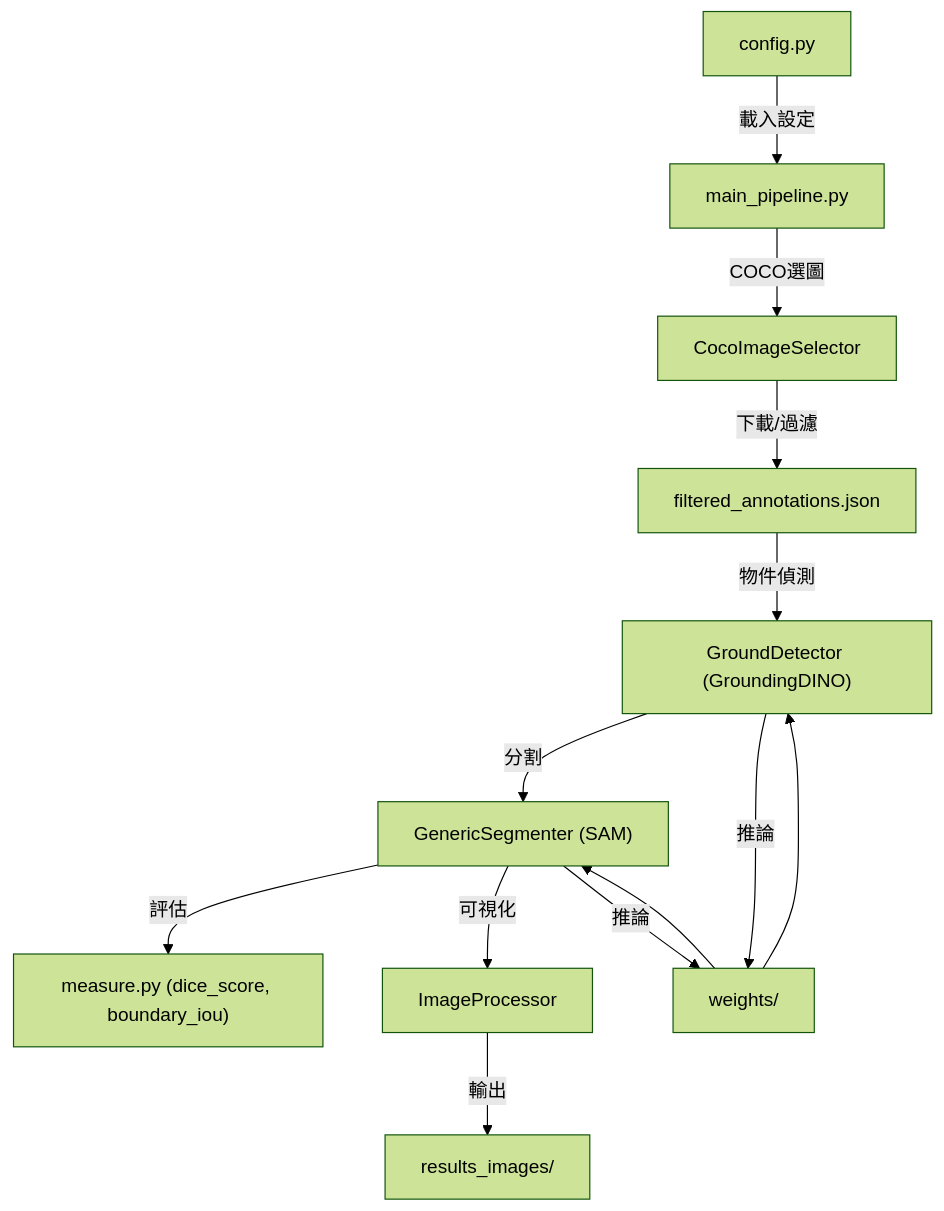
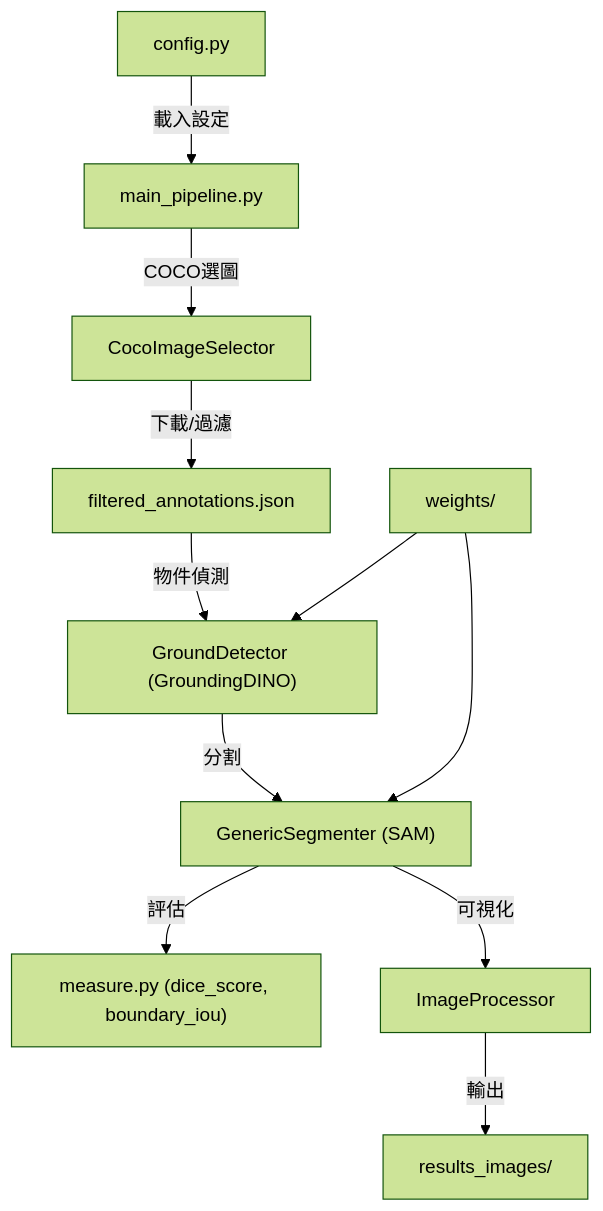
Before and after one commit to ykk8687/Metrology: the second of 2 diagrams in README.md, drawn with Mermaid (forest theme).

Commit message:
test README.md mermaid

````diff
--- a/README.md
+++ b/README.md
@@ -57,14 +57,13 @@
 ```mermaid
 graph TD;
     B["config.py"] -->|載入設定| A["main_pipeline.py"];
     A -->|COCO選圖| C["CocoImageSelector"];
     C -->|下載/過濾| H["filtered_annotations.json"];
     H -->|物件偵測| D["GroundDetector (GroundingDINO)"];
     D -->|分割| E["GenericSegmenter (SAM)"];
     E -->|評估| F["measure.py (dice_score, boundary_iou)"];
     I["weights/"] --> D
-    I["weights/"] --> E
+    I --> E
     E -->|可視化| G["ImageProcessor"];
-    D & E -->|推論| I;
     G -->|輸出| J["results_images/"];
 ```
````
